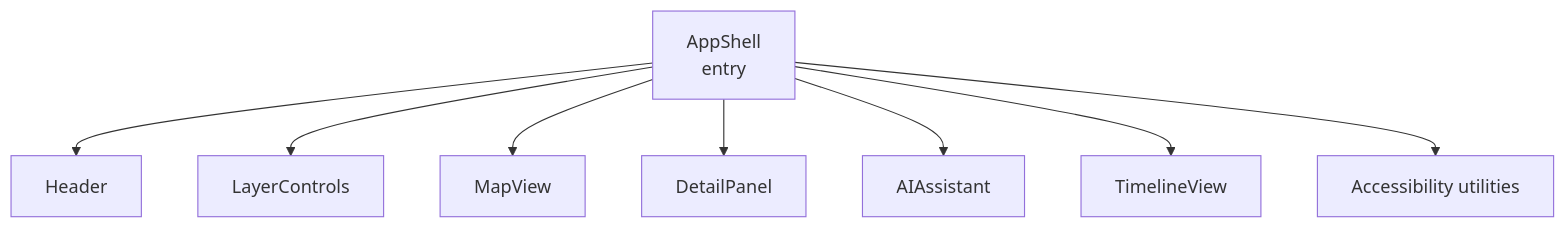
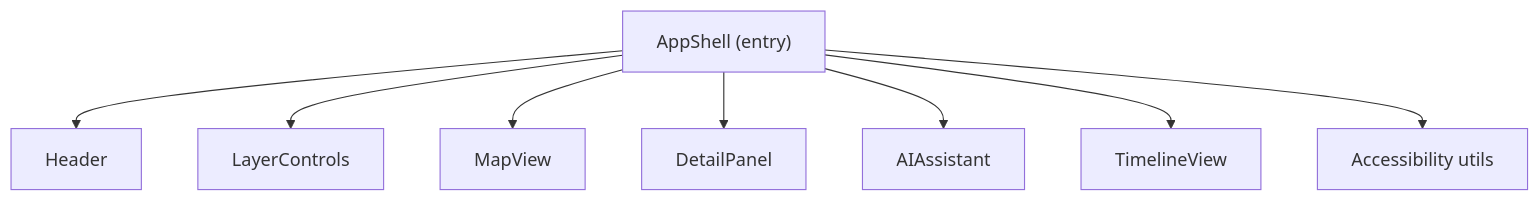
One commit to bartytime4life/Kansas-Frontier-Matrix changed the diagram in web/src/components/AppShell/README.md. Above: the diagram before and after it, drawn with Mermaid. The commit also changed other lines of this file, not shown here.

````diff
--- a/web/src/components/AppShell/README.md
+++ b/web/src/components/AppShell/README.md
@@ -43,11 +94,10 @@
 ```mermaid
 flowchart TD
-  ROOT["AppShell<br/>entry"] --> H["Header"]
+  ROOT["AppShell (entry)"] --> H["Header"]
   ROOT --> L["LayerControls"]
   ROOT --> M["MapView"]
   ROOT --> D["DetailPanel"]
   ROOT --> AI["AIAssistant"]
   ROOT --> T["TimelineView"]
-  ROOT --> ACC["Accessibility utilities"]
-%% END OF MERMAID
+  ROOT --> ACC["Accessibility utils"]
 ```
````
